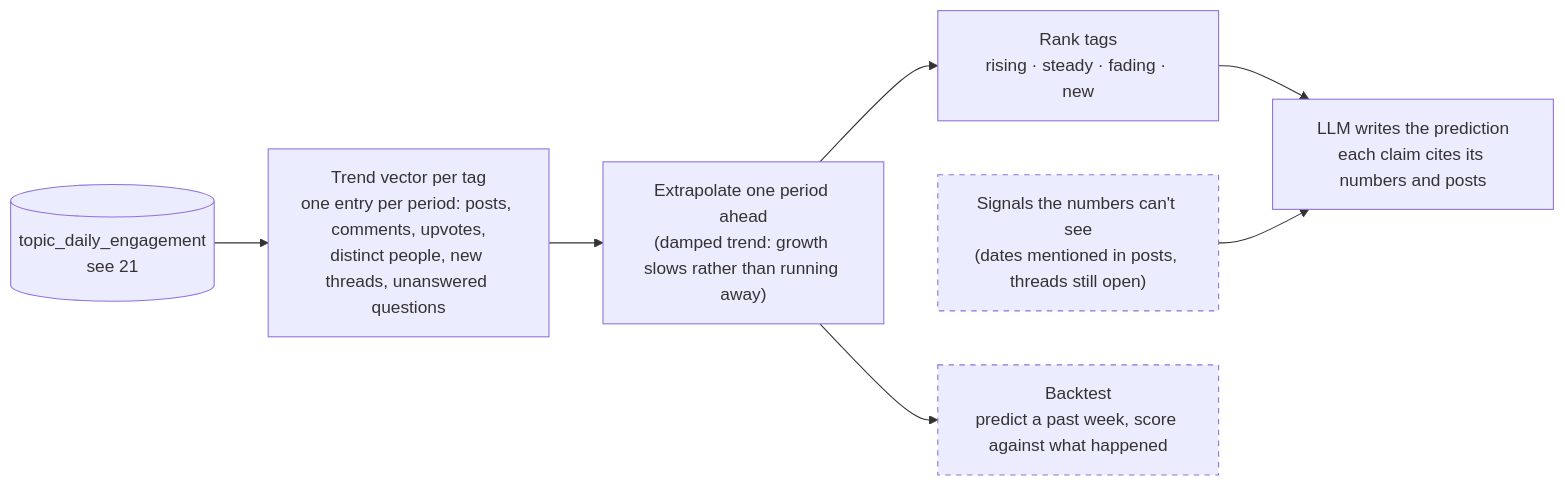
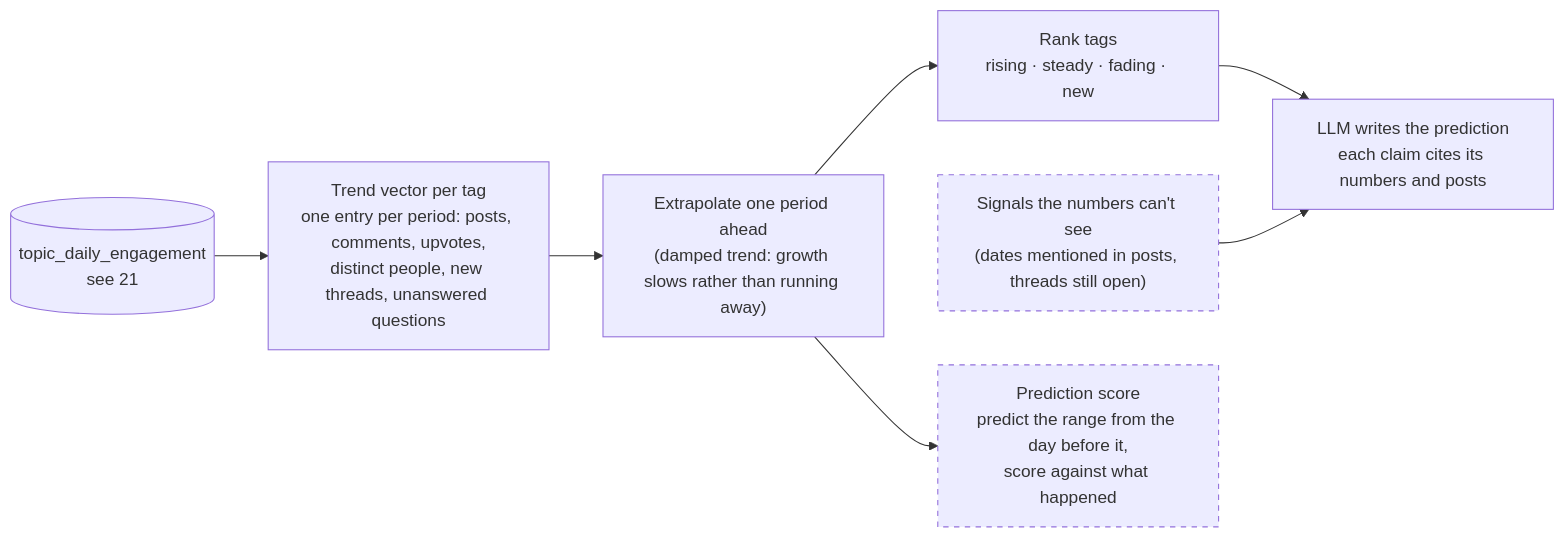
One commit to brianaderer/transcendent changed the diagram in docs/atlas/50-prediction.md. Above: the diagram before and after it, drawn with Mermaid. The commit also changed 1 other file, not shown here.

Commit message:
Atlas: rename backtest box to prediction score

````diff
--- a/docs/atlas/50-prediction.md
+++ b/docs/atlas/50-prediction.md
@@ -13,16 +13,16 @@
 ```mermaid
 flowchart LR
     ENG[("topic_daily_engagement<br/>see 21")]
     VEC["Trend vector per tag<br/>one entry per period: posts, comments, upvotes,<br/>distinct people, new threads, unanswered questions"]
     FIT["Extrapolate one period ahead<br/>(damped trend: growth slows rather than running away)"]
     RANK["Rank tags<br/>rising · steady · fading · new"]
     CTX["Signals the numbers can't see<br/>(dates mentioned in posts, threads still open)"]
     LLM["LLM writes the prediction<br/>each claim cites its numbers and posts"]
-    BT["Backtest<br/>predict a past week, score against what happened"]
+    BT["Prediction score<br/>predict the range from the day before it,<br/>score against what happened"]
 
     ENG --> VEC --> FIT --> RANK --> LLM
     CTX --> LLM
     FIT --> BT
     classDef open stroke-dasharray: 5 5
     class CTX,BT open
 ```
````
